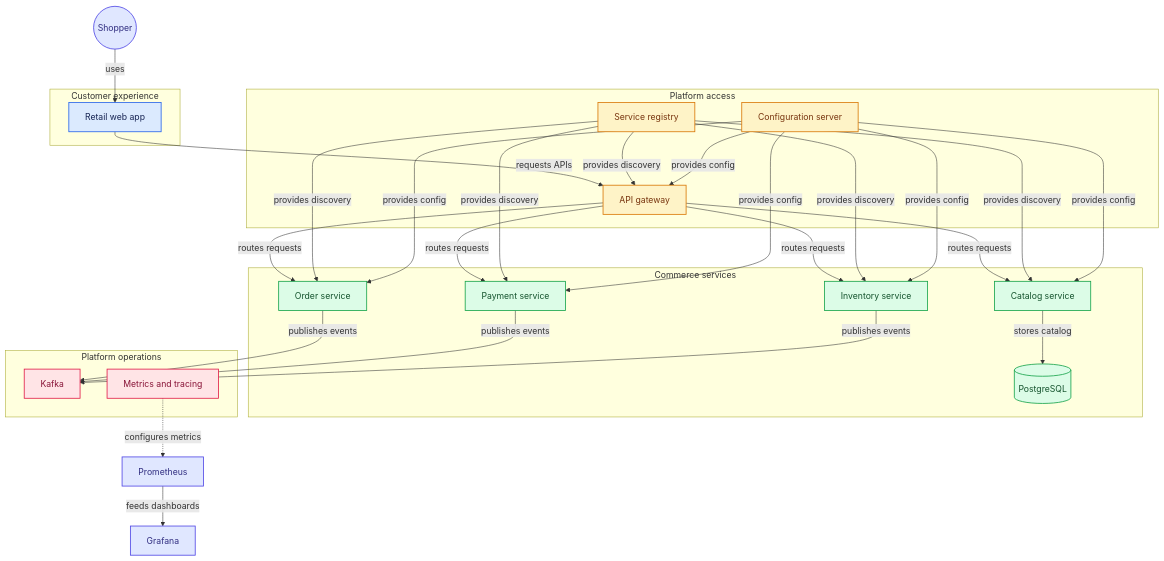
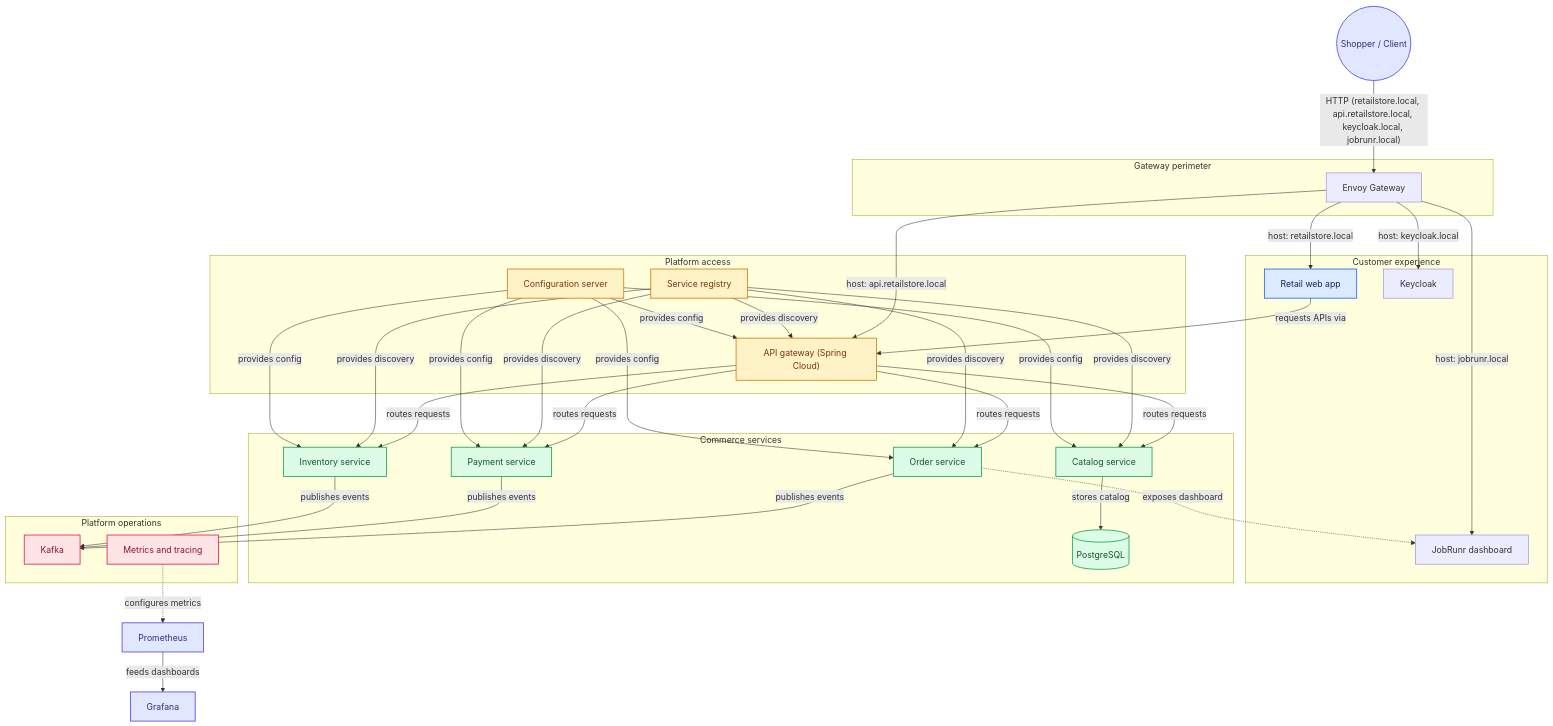
One commit to rajadilipkolli/spring-boot-microservices-series-v2 changed the first of 3 diagrams in ReadMe.md. Above: the diagram before and after it, drawn with Mermaid. The commit also changed other lines of this file and 41 other files, not shown here.

First line of the commit message:
replace ngnix with kubernetes gateway api (#1995)

````diff
--- a/ReadMe.md
+++ b/ReadMe.md
@@ -13,12 +13,18 @@
 ```mermaid
 flowchart TD
 
+subgraph group_edge["Gateway perimeter"]
+  node_envoy["Envoy Gateway"]
+end
+
 subgraph group_customer["Customer experience"]
   node_storefront["Retail web app"]
+  node_jobrunr["JobRunr dashboard"]
+  node_keycloak["Keycloak"]
 end
 
 subgraph group_platform["Platform access"]
-  node_gateway["API gateway"]
+  node_gateway["API gateway (Spring Cloud)"]
   node_registry["Service registry"]
   node_config["Configuration server"]
 end
@@ -36,16 +42,21 @@
   node_observability["Metrics and tracing"]
 end
 
-node_shopper(("Shopper"))
+node_shopper(("Shopper / Client"))
 node_prometheus["Prometheus"]
 node_grafana["Grafana"]
 
-node_shopper -->|"uses"| node_storefront
-node_storefront -->|"requests APIs"| node_gateway
+node_shopper -->|"HTTP (retailstore.local, api.retailstore.local, keycloak.local, jobrunr.local)"| node_envoy
+node_envoy -->|"host: retailstore.local"| node_storefront
+node_envoy -->|"host: keycloak.local"| node_keycloak
+node_envoy -->|"host: jobrunr.local"| node_jobrunr
+node_envoy -->|"host: api.retailstore.local"| node_gateway
+node_storefront -->|"requests APIs via"| node_gateway
 node_gateway -->|"routes requests"| node_catalog
 node_gateway -->|"routes requests"| node_inventory
 node_gateway -->|"routes requests"| node_orders
 node_gateway -->|"routes requests"| node_payments
+node_orders -.->|"exposes dashboard"| node_jobrunr
 node_registry -->|"provides discovery"| node_gateway
 node_registry -->|"provides discovery"| node_catalog
 node_registry -->|"provides discovery"| node_inventory
````
